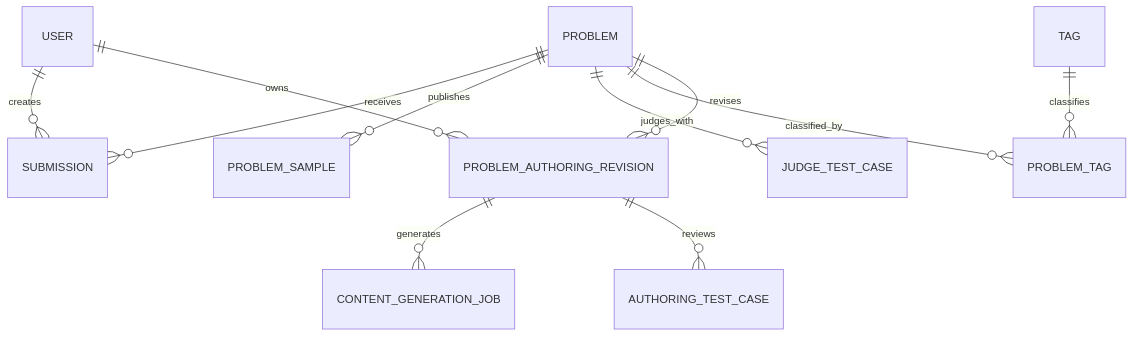
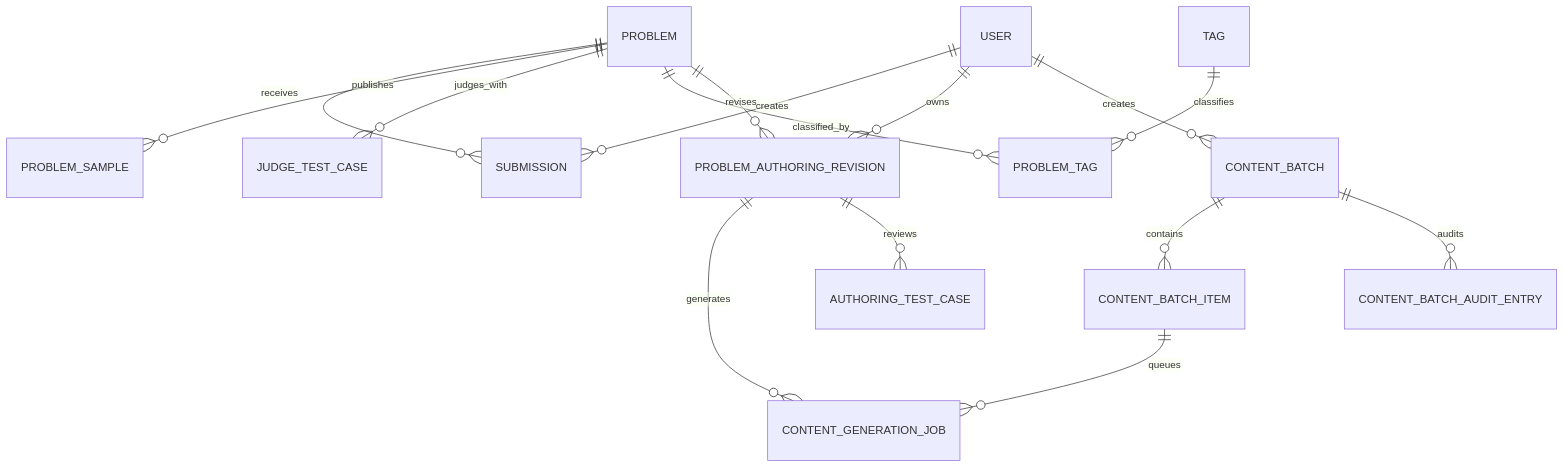
Before and after one commit to phom77/AlgoJudge: the first of 2 diagrams in docs/domain-model.md, drawn with Mermaid. The commit also changed other lines of this file and 55 other files, not shown here.

````diff
--- a/docs/domain-model.md
+++ b/docs/domain-model.md
@@ -5,13 +5,17 @@
 ```mermaid
 erDiagram
     USER ||--o{ SUBMISSION : creates
     PROBLEM ||--o{ SUBMISSION : receives
     PROBLEM ||--o{ PROBLEM_SAMPLE : publishes
     PROBLEM ||--o{ JUDGE_TEST_CASE : judges_with
     PROBLEM ||--o{ PROBLEM_TAG : classified_by
     TAG ||--o{ PROBLEM_TAG : classifies
     USER ||--o{ PROBLEM_AUTHORING_REVISION : owns
     PROBLEM ||--o{ PROBLEM_AUTHORING_REVISION : revises
     PROBLEM_AUTHORING_REVISION ||--o{ CONTENT_GENERATION_JOB : generates
     PROBLEM_AUTHORING_REVISION ||--o{ AUTHORING_TEST_CASE : reviews
+    USER ||--o{ CONTENT_BATCH : creates
+    CONTENT_BATCH ||--o{ CONTENT_BATCH_ITEM : contains
+    CONTENT_BATCH ||--o{ CONTENT_BATCH_AUDIT_ENTRY : audits
+    CONTENT_BATCH_ITEM ||--o{ CONTENT_GENERATION_JOB : queues
 ```
````
